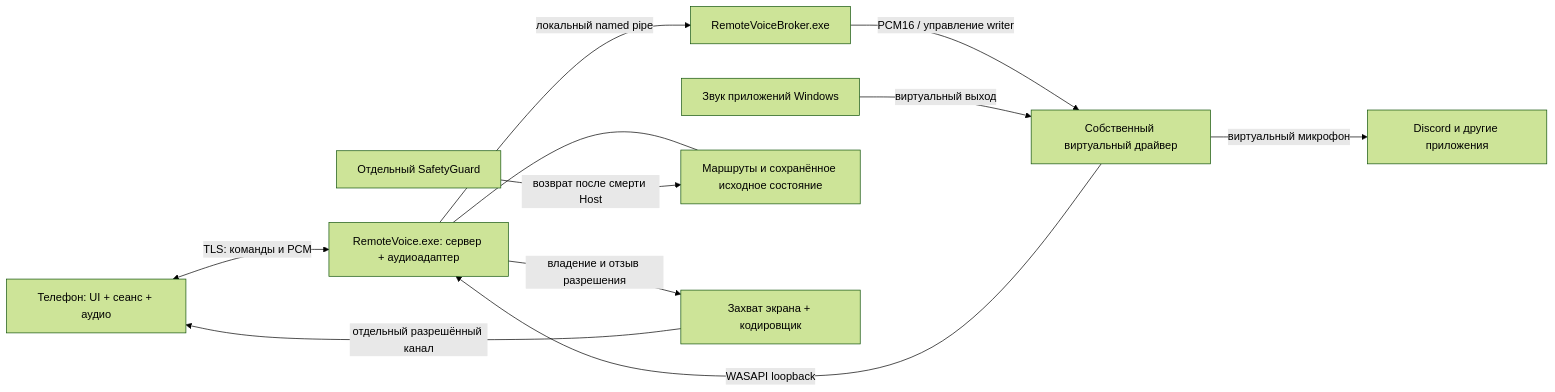
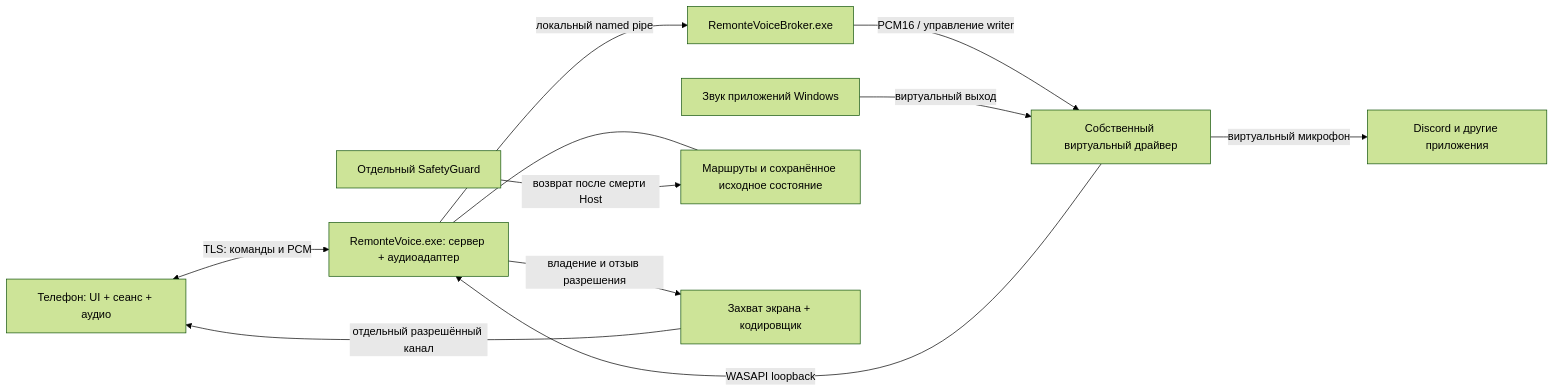
One commit to smmisha/RemonteVoice changed the first of 4 diagrams in ARCHITECTURE.md. Above: the diagram before and after it, drawn with Mermaid (forest theme). The commit also changed other lines of this file and 362 other files, not shown here.

Commit message:
Rename RemoteVoice to RemonteVoice and signer to iReSign

````diff
--- a/ARCHITECTURE.md
+++ b/ARCHITECTURE.md
@@ -19,13 +19,13 @@
 ```mermaid
 flowchart LR
-    Phone["Телефон: UI + сеанс + аудио"] <-->|"TLS: команды и PCM"| Host["RemoteVoice.exe: сервер + аудиоадаптер"]
-    Host -->|"локальный named pipe"| Broker["RemoteVoiceBroker.exe"]
+    Phone["Телефон: UI + сеанс + аудио"] <-->|"TLS: команды и PCM"| Host["RemonteVoice.exe: сервер + аудиоадаптер"]
+    Host -->|"локальный named pipe"| Broker["RemonteVoiceBroker.exe"]
     Broker -->|"PCM16 / управление writer"| Driver["Собственный виртуальный драйвер"]
     Driver -->|"виртуальный микрофон"| Call["Discord и другие приложения"]
     Apps["Звук приложений Windows"] -->|"виртуальный выход"| Driver
     Driver -->|"WASAPI loopback"| Host
     Host --- Routes["Маршруты и сохранённое исходное состояние"]
     Guard["Отдельный SafetyGuard"] -->|"возврат после смерти Host"| Routes
     Capture["Захват экрана + кодировщик"] -->|"отдельный разрешённый канал"| Phone
     Host -->|"владение и отзыв разрешения"| Capture
 ```
````
